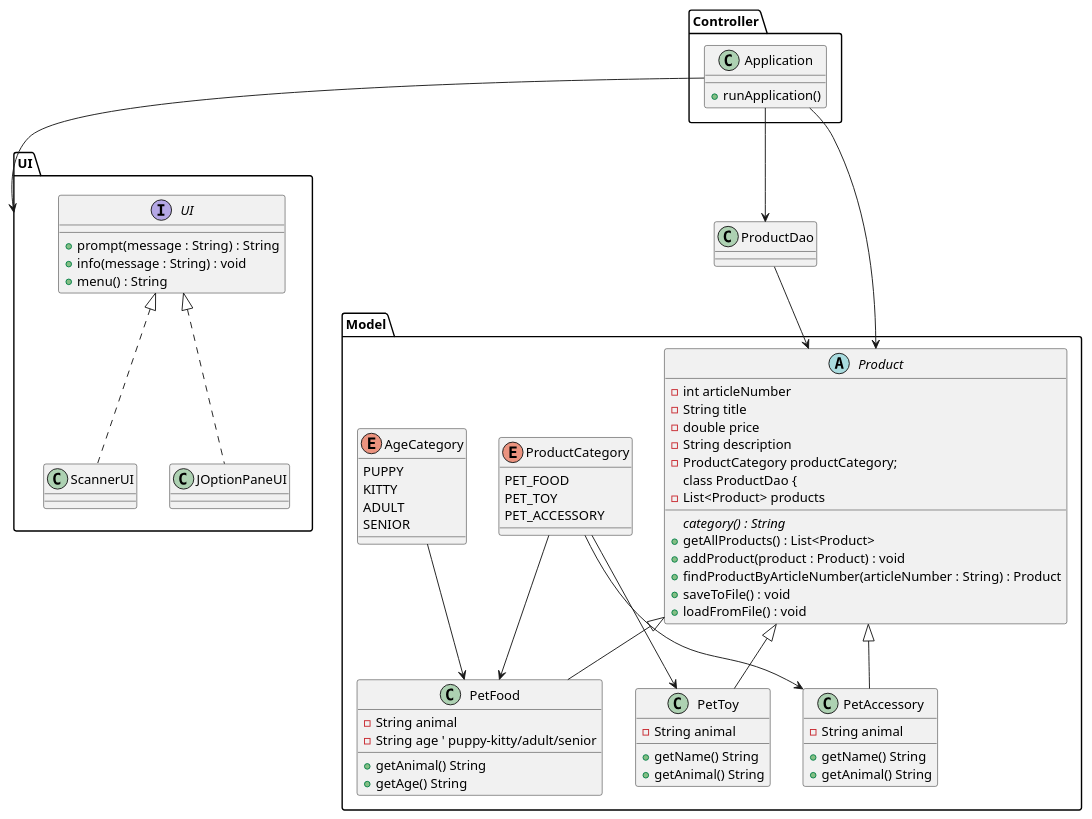
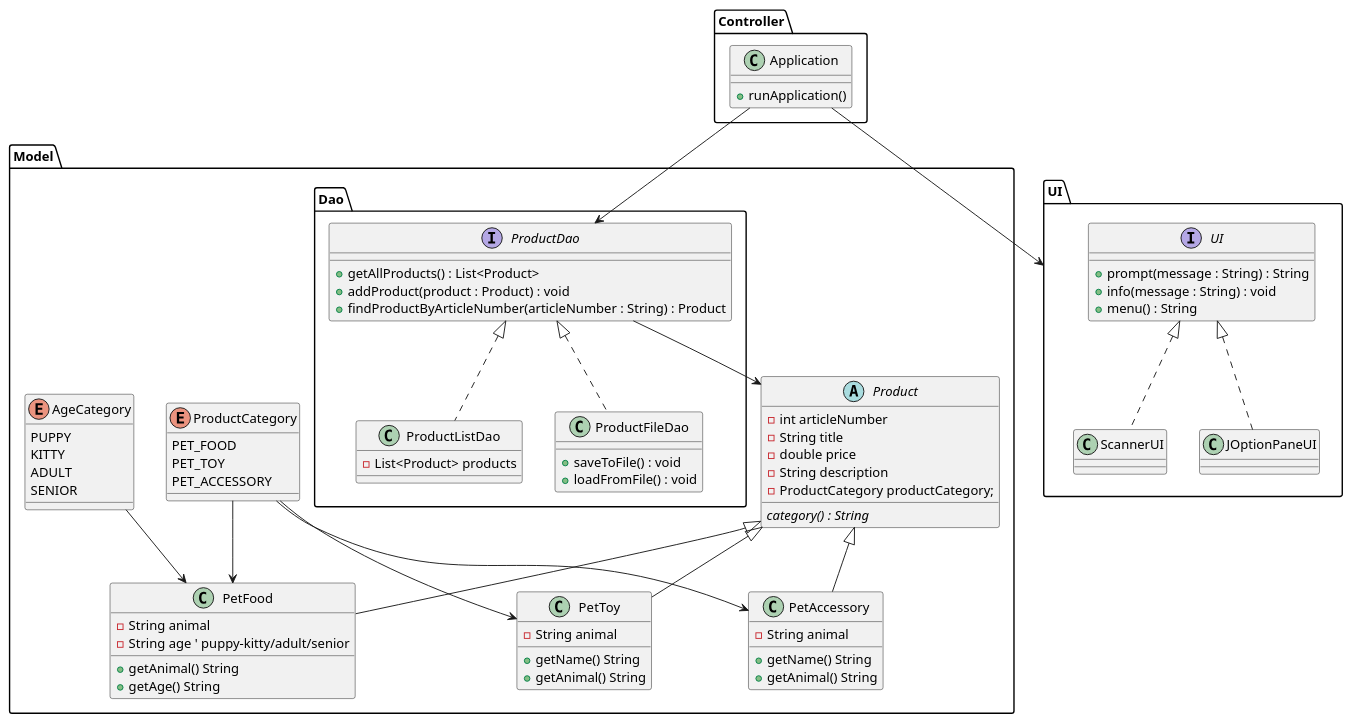
One commit to krea87/webshop-app changed the diagram in uml/project_structure.puml. Above: the diagram before and after it, drawn with PlantUML. The commit also changed 12 other files, not shown here.

```diff
--- a/uml/project_structure.puml
+++ b/uml/project_structure.puml
@@ -1,84 +1,94 @@
 @startuml
 'https://plantuml.com/sequence-diagram
 
 package "Model" {
+
+    package "Dao" {
+
+        interface ProductDao {
+            + getAllProducts() : List<Product>
+            + addProduct(product : Product) : void
+            + findProductByArticleNumber(articleNumber : String) : Product
+        }
+        class ProductListDao implements ProductDao {
+            - List<Product> products
+        }
+        class ProductFileDao implements ProductDao {
+            + saveToFile() : void
+            + loadFromFile() : void
+        }
+        }
+        class PetFood extends Product {
+            - String animal
+            - String age ' puppy-kitty/adult/senior
+            + getAnimal() String
+            + getAge() String
+        }
+
     abstract class Product {
         - int articleNumber
         - String title
         - double price
         - String description
         - ProductCategory productCategory;
         {abstract} category() : String
         ' + getters/setters for all attributes
-    class ProductDao {
-        - List<Product> products
-        + getAllProducts() : List<Product>
-        + addProduct(product : Product) : void
-        + findProductByArticleNumber(articleNumber : String) : Product
-        + saveToFile() : void
-        + loadFromFile() : void
-    }
-    class PetFood extends Product {
-        - String animal
-        - String age ' puppy-kitty/adult/senior
-        + getAnimal() String
-        + getAge() String
     }
 
 ' I will add subclasses to PetFood such as DogFood and CatFood if needed
 
     class PetToy extends Product {
         - String animal
         + getName() String
         + getAnimal() String
     }
     class PetAccessory extends Product{
         - String animal
         + getName() String
         + getAnimal() String
     }
     enum ProductCategory {
         PET_FOOD
         PET_TOY
         PET_ACCESSORY
     }
     enum AgeCategory {
         PUPPY
         KITTY
         ADULT
         SENIOR
     }
 }
 
 package "UI" {
     interface UI {
     + prompt(message : String) : String
     + info(message : String) : void
     + menu() : String
     }
     class ScannerUI implements UI
     class JOptionPaneUI implements UI
 
 }
 
 package "Controller" {
     class Application {
         + runApplication()
     }
 }
 
 ' Relations
 ProductDao --> Product
 ' PetFood --|> Product
 ' PetToy --|> Product
 ' PetAccessory --|> Product
 ProductCategory --> PetFood
 ProductCategory --> PetToy
 ProductCategory --> PetAccessory
 AgeCategory --> PetFood
 
 Application --> UI
 Application --> ProductDao
-Application --> Product
+
 
 @enduml
```
